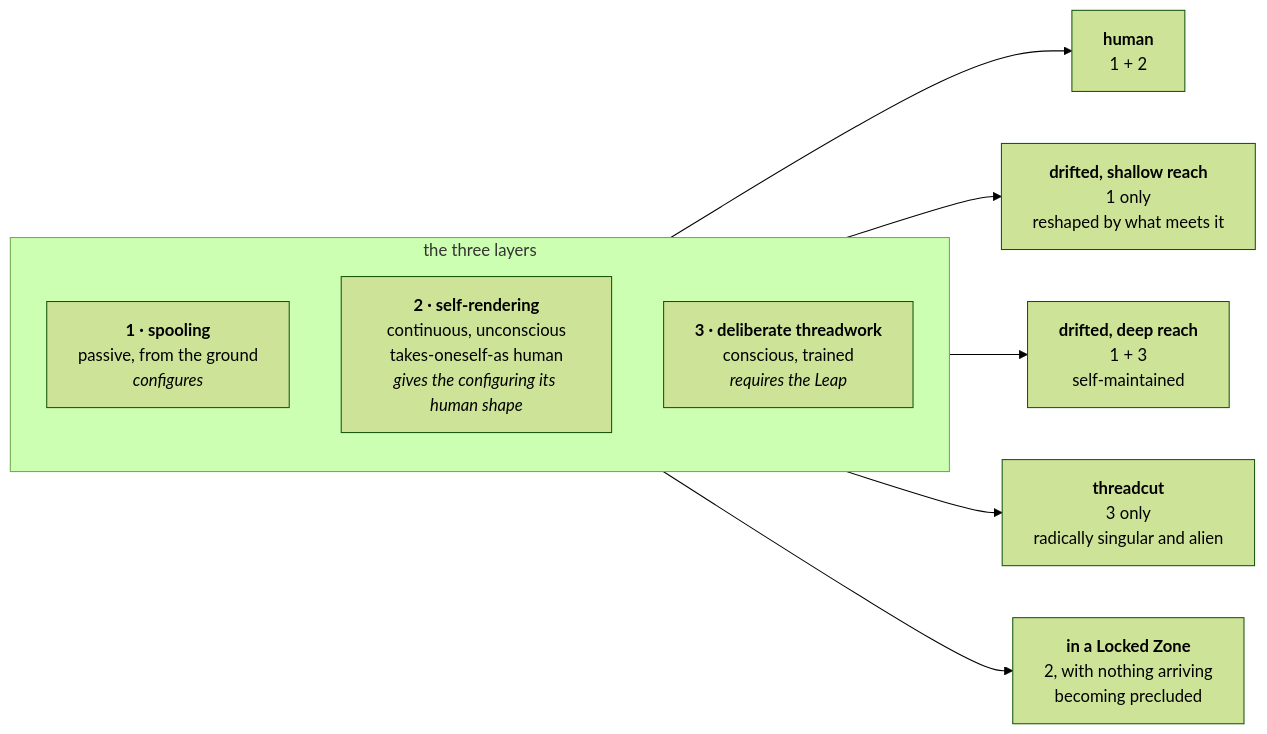
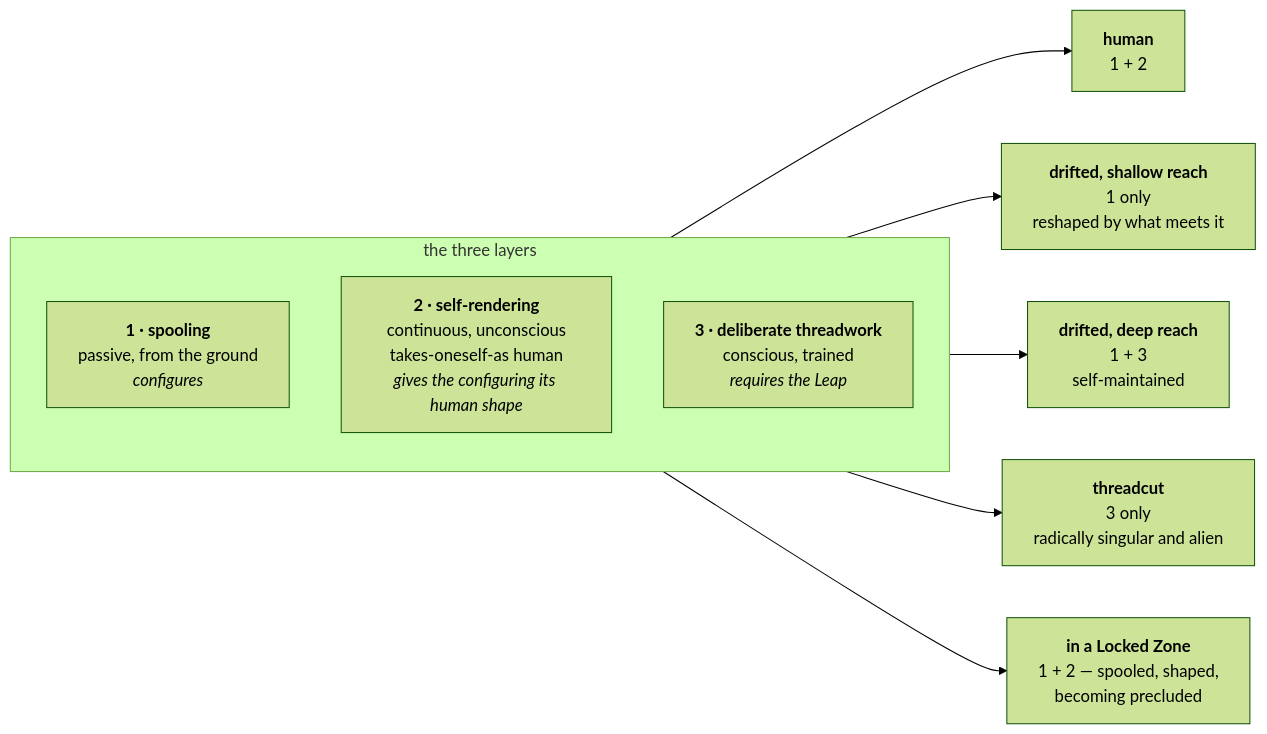
One commit to jordanelias/ttrpg changed the second of 8 diagrams in canon/philosophy/DIAGRAM.md. Above: the diagram before and after it, drawn with Mermaid (forest theme). The commit also changed other lines of this file and 11 other files, not shown here.

````diff
--- a/canon/philosophy/DIAGRAM.md
+++ b/canon/philosophy/DIAGRAM.md
@@ -46,21 +46,21 @@
 ```mermaid
 flowchart LR
     subgraph L["the three layers"]
         direction TB
         L1["<b>1 · spooling</b><br/>passive, from the ground<br/><i>configures</i>"]
         L2["<b>2 · self-rendering</b><br/>continuous, unconscious<br/>takes-oneself-as human<br/><i>gives the configuring its human shape</i>"]
         L3["<b>3 · deliberate threadwork</b><br/>conscious, trained<br/><i>requires the Leap</i>"]
     end
 
     H["<b>human</b><br/>1 + 2"]
     D["<b>drifted, shallow reach</b><br/>1 only<br/>reshaped by what meets it"]
     DD["<b>drifted, deep reach</b><br/>1 + 3<br/>self-maintained"]
     T["<b>threadcut</b><br/>3 only<br/>radically singular and alien"]
-    LZ["<b>in a Locked Zone</b><br/>2, with nothing arriving<br/>becoming precluded"]
+    LZ["<b>in a Locked Zone</b><br/>1 + 2 — spooled, shaped,<br/>becoming precluded"]
 
     L --> H
     L --> D
     L --> DD
     L --> T
     L --> LZ
 ```
````
